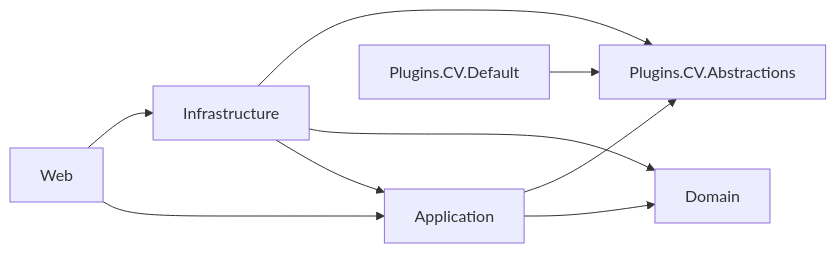
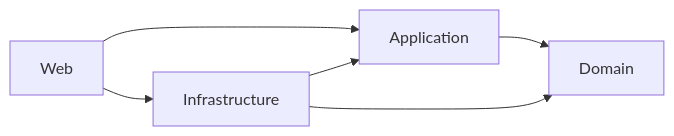
One commit to Kevin-HESSE/Ambio changed the first of 3 diagrams in docs/architecture.md. Above: the diagram before and after it, drawn with Mermaid. The commit also changed other lines of this file and 11 other files, not shown here.

````diff
--- a/docs/architecture.md
+++ b/docs/architecture.md
@@ -27,11 +25,8 @@
 ```mermaid
 flowchart LR
     Web --> Application
     Web --> Infrastructure
     Infrastructure --> Application
     Infrastructure --> Domain
-    Infrastructure --> CVAbs[Plugins.CV.Abstractions]
     Application --> Domain
-    Application --> CVAbs
-    CVDefault[Plugins.CV.Default] --> CVAbs
 ```
````
